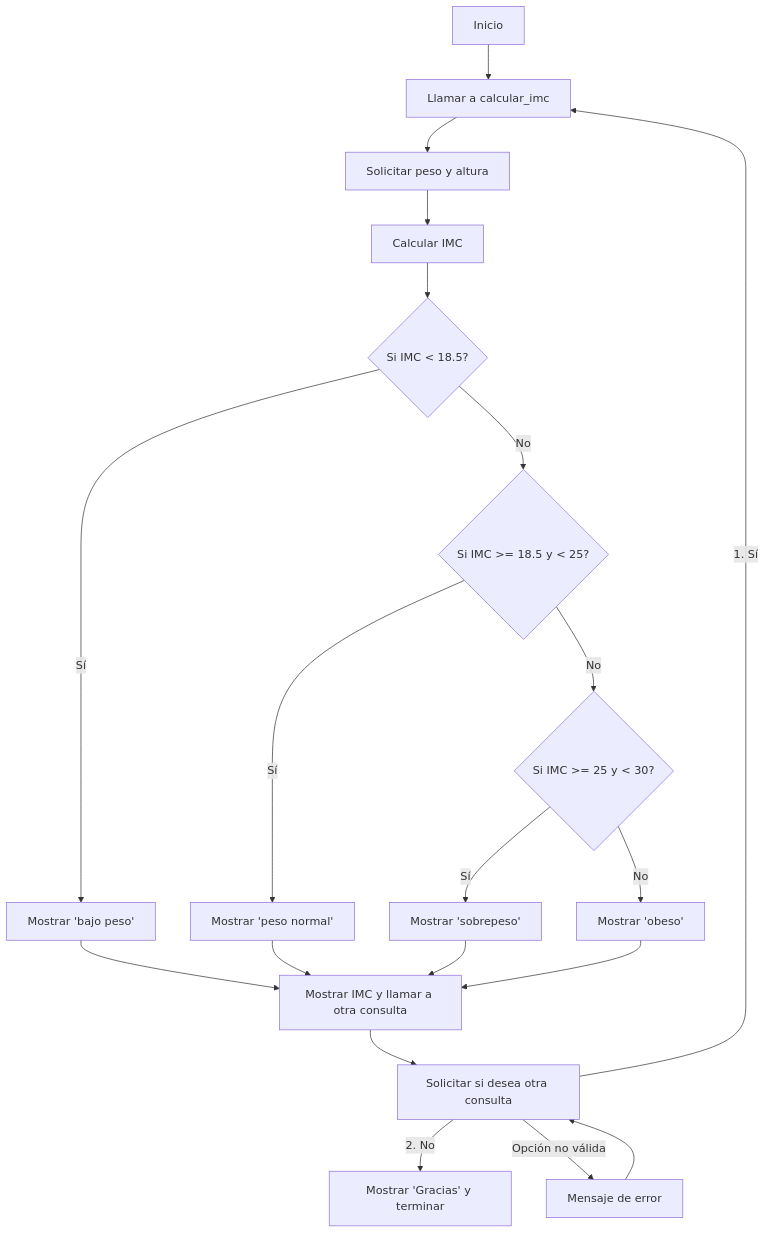
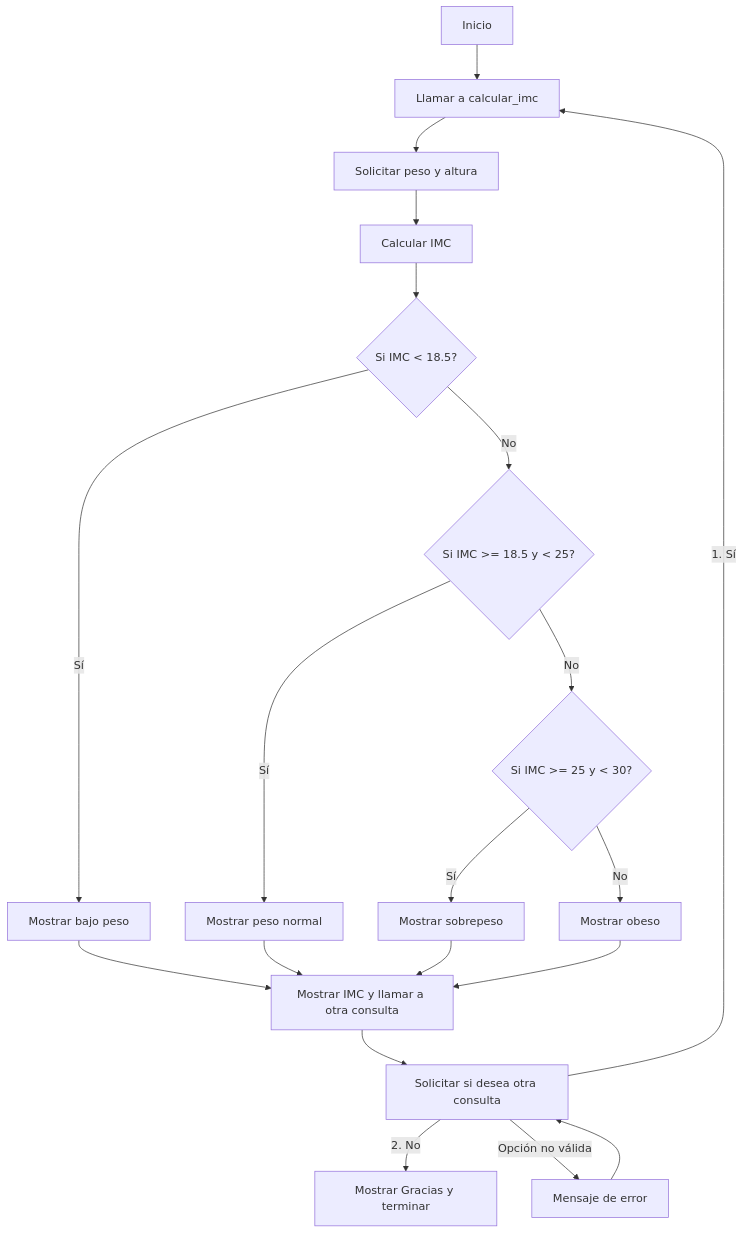
One commit to Gabriel-Ariza/programacion_20_agosto changed the diagram in README.md. Above: the diagram before and after it, drawn with Mermaid.

````diff
--- a/README.md
+++ b/README.md
@@ -3,26 +3,25 @@
 ```mermaid
 graph TD
-    A[Inicio] --> B["Llamar a calcular_imc"];
+    A[Inicio] --> B["Llamar a calcular_imc"]
 
-    B --> C["Solicitar peso y altura"];
-    C --> D["Calcular IMC"];
-    D --> E{"Si IMC < 18.5?"};
-    E -- Sí --> F["Mostrar 'bajo peso'"];
-    F --> L;
-    E -- No --> G{"Si IMC >= 18.5 y < 25?"};
-    G -- Sí --> H["Mostrar 'peso normal'"];
-    G -- No --> I{"Si IMC >= 25 y < 30?"};
-    I -- Sí --> J["Mostrar 'sobrepeso'"];
-    I -- No --> K["Mostrar 'obeso'"];
+    B --> C["Solicitar peso y altura"]
+    C --> D["Calcular IMC"]
+    D --> E{"Si IMC < 18.5?"}
+    E -- Sí --> F["Mostrar bajo peso"]
+    F --> L
+    E -- No --> G{"Si IMC >= 18.5 y < 25?"}
+    G -- Sí --> H["Mostrar peso normal"]
+    G -- No --> I{"Si IMC >= 25 y < 30?"}
+    I -- Sí --> J["Mostrar sobrepeso"]
+    I -- No --> K["Mostrar obeso"]
 
-    H --> L;
-    J --> L;
-    K --> L["Mostrar IMC y llamar a otra consulta"];
+    H --> L
+    J --> L
+    K --> L["Mostrar IMC y llamar a otra consulta"]
 
-    L --> M["Solicitar si desea otra consulta"];
-    M -- "1. Sí" --> B;
-    M -- "2. No" --> N["Mostrar 'Gracias' y terminar"];
-    M -- "Opción no válida" --> O["Mensaje de error"];
-    O --> M;
-
+    L --> M["Solicitar si desea otra consulta"]
+    M -- "1. Sí" --> B
+    M -- "2. No" --> N["Mostrar Gracias y terminar"]
+    M -- "Opción no válida" --> O["Mensaje de error"]
+    O --> M
 ```
````
